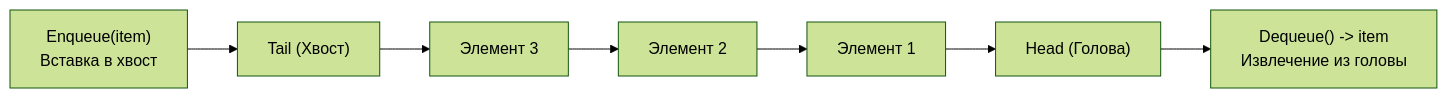
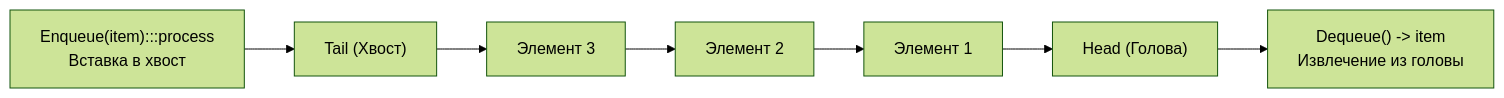
One commit to UnrealTemplier/go-textbook changed the first of 4 diagrams in sources/20. Алгоритмы и структуры данных (DSA) на Go/02. Базовые структуры данных/5. Очередь.md. Above: the diagram before and after it, drawn with Mermaid (forest theme). The commit also changed other lines of this file and 1666 other files, not shown here.

First line of the commit message:
feat(mermaid): add semantic color classDef to 1369 colorless flowchart/graph diagrams

````diff
--- a/sources/20. Алгоритмы и структуры данных (DSA) на Go/02. Базовые структуры данных/5. Очередь.md
+++ b/sources/20. Алгоритмы и структуры данных (DSA) на Go/02. Базовые структуры данных/5. Очередь.md
@@ -15,9 +15,19 @@
 ```mermaid
 flowchart LR
-    Push["Enqueue(item)<br/>Вставка в хвост"] --> Tail["Tail (Хвост)"]
+    classDef process  fill:#1e293b,stroke:#38bdf8,stroke-width:1px,color:#f8fafc
+    classDef success  fill:#064e3b,stroke:#34d399,stroke-width:1px,color:#f8fafc
+    classDef error    fill:#7f1d1d,stroke:#f87171,stroke-width:1px,color:#f8fafc
+    classDef warning  fill:#78350f,stroke:#fbbf24,stroke-width:1px,color:#f8fafc
+    classDef entry    fill:#1e3a5f,stroke:#38bdf8,stroke-width:2px,color:#f8fafc
+    classDef aux      fill:#334155,stroke:#64748b,stroke-width:1px,color:#f8fafc
+    classDef system   fill:#312e81,stroke:#a78bfa,stroke-width:1px,color:#f8fafc
+    classDef data     fill:#132d29,stroke:#2dd4bf,stroke-width:1px,color:#f8fafc
+    classDef network  fill:#881337,stroke:#fb7185,stroke-width:1px,color:#f8fafc
+    classDef accent   fill:#1e1b4b,stroke:#818cf8,stroke-width:1px,color:#f8fafc
+    Push["Enqueue(item):::process<br/>Вставка в хвост"] --> Tail["Tail (Хвост)"]
     Tail --> E3["Элемент 3"]
     E3 --> E2["Элемент 2"]
     E2 --> E1["Элемент 1"]
     E1 --> Head["Head (Голова)"]
     Head --> Pop["Dequeue() -> item<br/>Извлечение из головы"]
 ```
````
